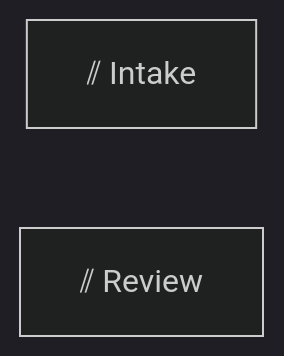
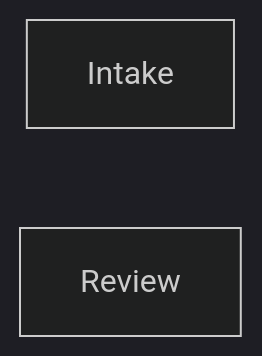
One commit to m2ux/prosiform changed the diagram in fixtures/parallel-dispatch/a-click-on-a-node-whose-text-opens-with-the-parallel-mark-joins-its-set/expected/guide.bundle.md. Above: the diagram before and after it, drawn with Mermaid (dark theme). The commit also changed 58 other files, not shown here.

First line of the commit message:
Name dispatch sections and local graph labels plainly

````diff
--- a/fixtures/parallel-dispatch/a-click-on-a-node-whose-text-opens-with-the-parallel-mark-joins-its-set/expected/guide.bundle.md
+++ b/fixtures/parallel-dispatch/a-click-on-a-node-whose-text-opens-with-the-parallel-mark-joins-its-set/expected/guide.bundle.md
@@ -9,7 +9,7 @@
 ```mermaid
 flowchart LR
-    Intake[⫽ Intake]
+    Intake[Intake]
     click Intake href "#⫽-dispatch-set"
-    Review[⫽ Review]
+    Review[Review]
     click Review "#⫽-dispatch-set"
 ```
````
